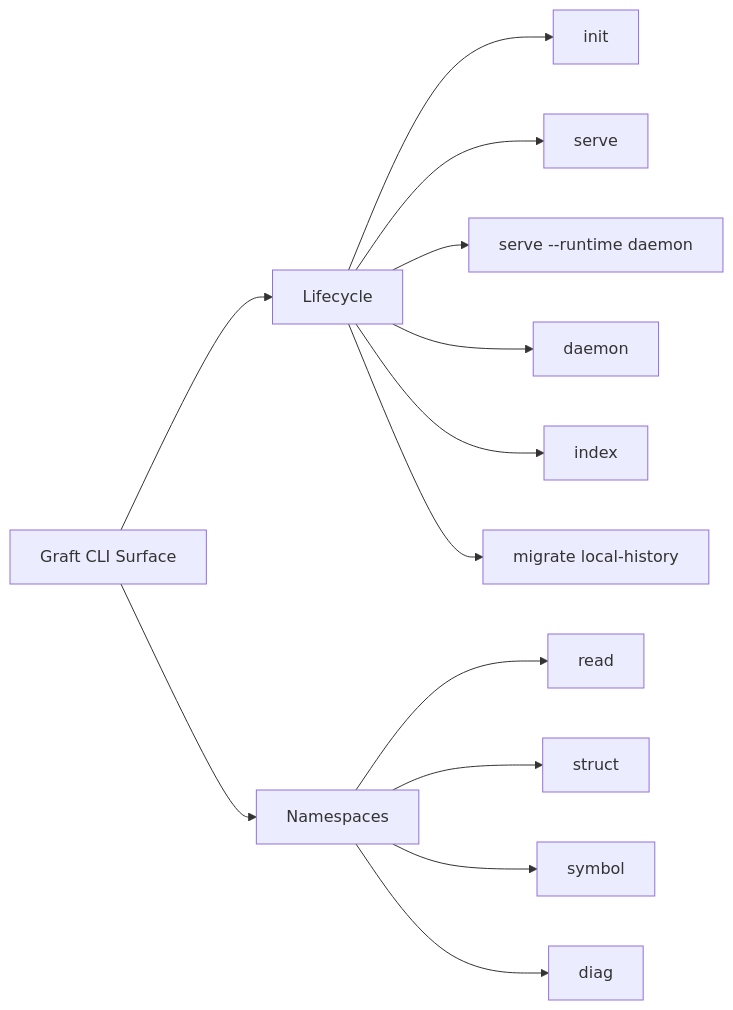
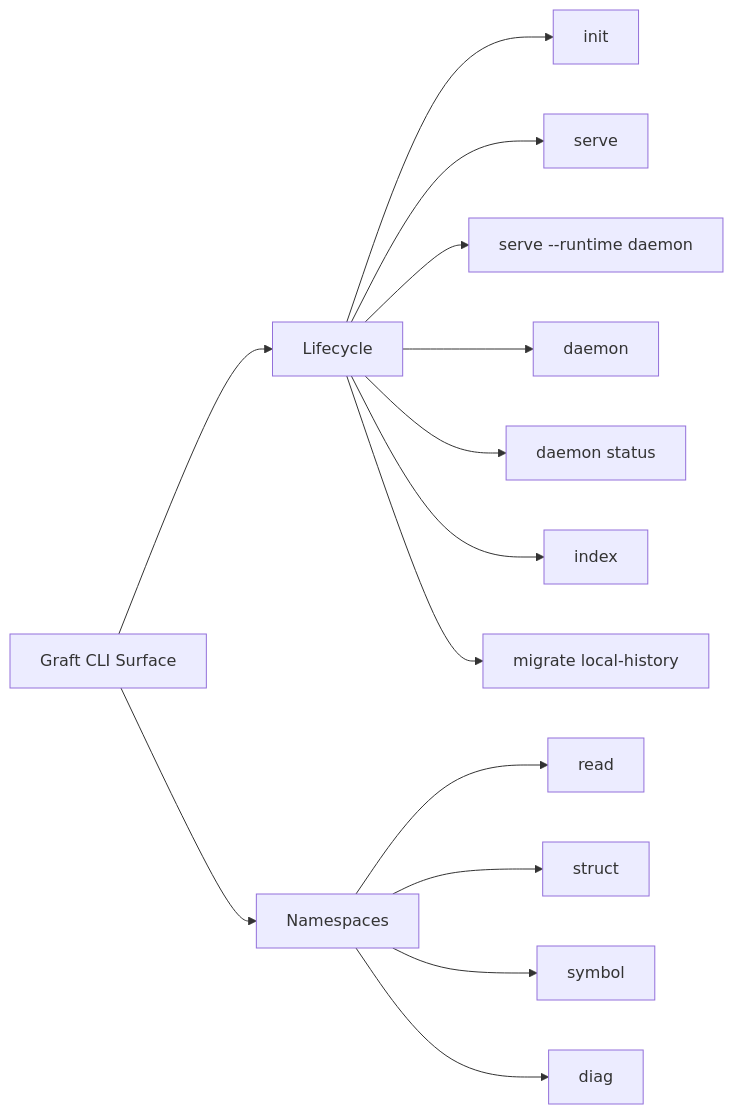
Before and after one commit to flyingrobots/graft: the diagram in docs/CLI.md, drawn with Mermaid. The commit also changed other lines of this file and 20 other files, not shown here.

Commit message:
feat(cli): add read-only daemon status surface

````diff
--- a/docs/CLI.md
+++ b/docs/CLI.md
@@ -5,15 +5,16 @@
 ```mermaid
 flowchart LR
     A[Graft CLI Surface] --> B[Lifecycle]
     A --> C[Namespaces]
     B --> B1[init]
     B --> B2[serve]
     B --> B3[serve --runtime daemon]
     B --> B4[daemon]
-    B --> B5[index]
-    B --> B6[migrate local-history]
+    B --> B5[daemon status]
+    B --> B6[index]
+    B --> B7[migrate local-history]
     C --> C1[read]
     C --> C2[struct]
     C --> C3[symbol]
     C --> C4[diag]
 ```
````
